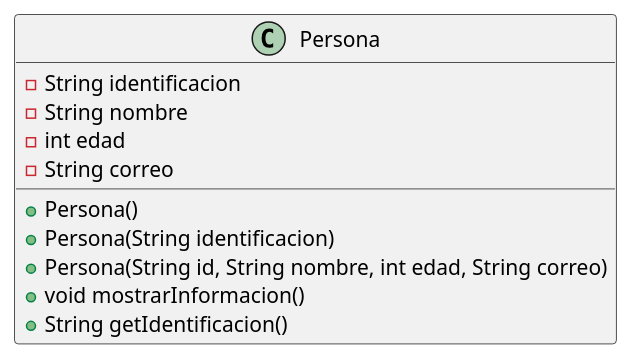
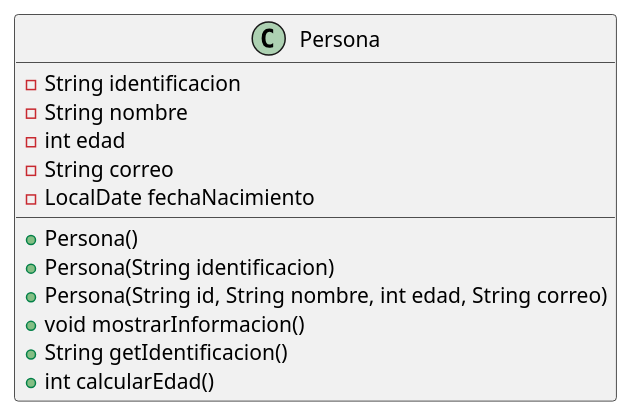
One commit to uniajc-gperezm/maven-repo-411 changed the second of 2 diagrams in PERSONA.md. Above: the diagram before and after it, drawn with PlantUML. The commit also changed other lines of this file and 1 other file, not shown here.

Commit message:
agregando fecha de nacimiento y metodo calcularedad al ejercicio 1

````diff
--- a/PERSONA.md
+++ b/PERSONA.md
@@ -20,15 +22,17 @@
 ```plantuml
 @startuml
 class Persona {
 	-String identificacion
 	-String nombre
 	-int edad
 	-String correo
+	-LocalDate fechaNacimiento
 	+Persona()
 	+Persona(String identificacion)
 	+Persona(String id, String nombre, int edad, String correo)
 	+void mostrarInformacion()
 	+String getIdentificacion()
+	+int calcularEdad()
 }
 @enduml
 ```
````
